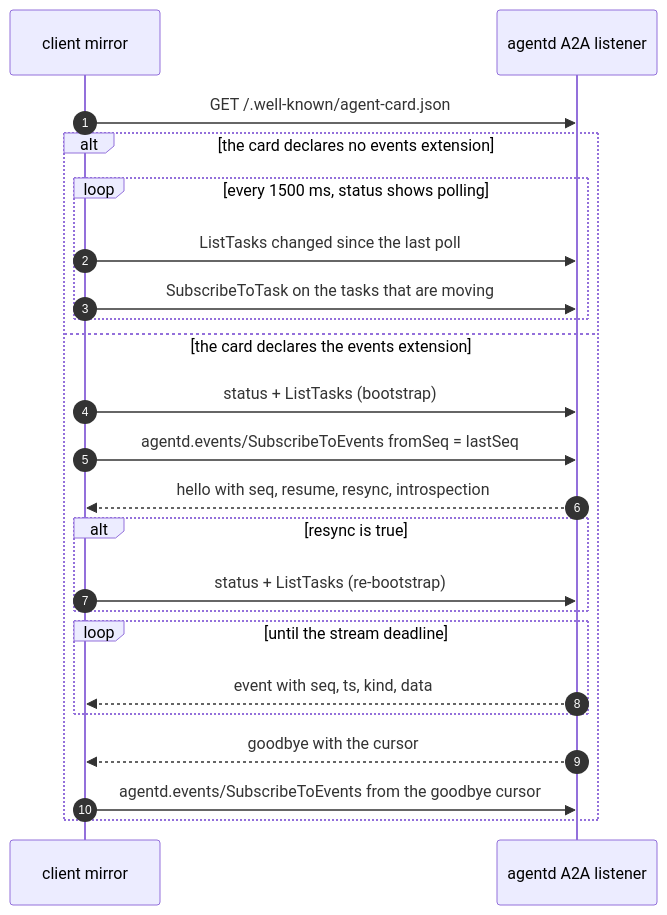
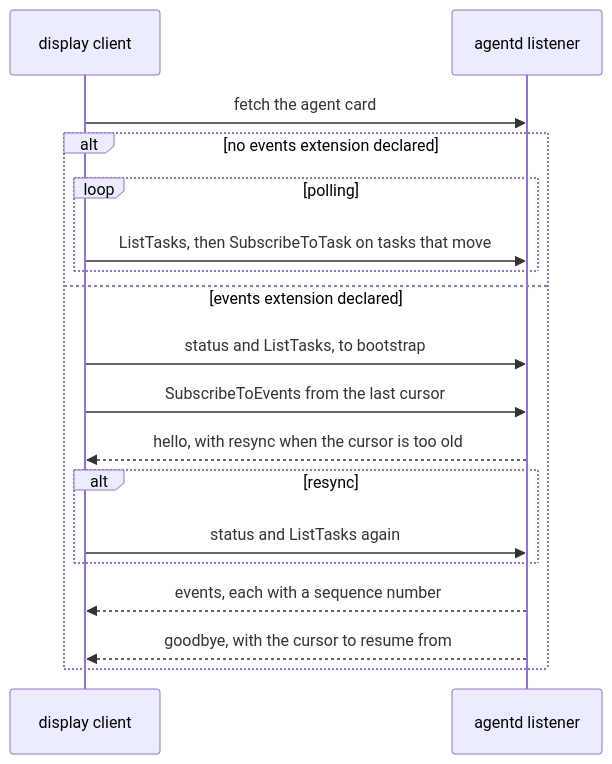
The diagram in docs/experience.md (agentd-dev/source-code), drawn with Mermaid before and after one commit. The commit also changed other lines of this file and 110 other files, not shown here.

````diff
--- a/docs/experience.md
+++ b/docs/experience.md
@@ -290,25 +173,20 @@
 ```mermaid
 sequenceDiagram
-  autonumber
-  participant C as client mirror
-  participant D as agentd A2A listener
-  C->>D: GET /.well-known/agent-card.json
-  alt the card declares no events extension
-    loop every 1500 ms, status shows polling
-      C->>D: ListTasks changed since the last poll
-      C->>D: SubscribeToTask on the tasks that are moving
+  participant C as display client
+  participant D as agentd listener
+  C->>D: fetch the agent card
+  alt no events extension declared
+    loop polling
+      C->>D: ListTasks, then SubscribeToTask on tasks that move
     end
-  else the card declares the events extension
-    C->>D: status + ListTasks (bootstrap)
-    C->>D: agentd.events/SubscribeToEvents fromSeq = lastSeq
-    D-->>C: hello with seq, resume, resync, introspection
-    alt resync is true
-      C->>D: status + ListTasks (re-bootstrap)
+  else events extension declared
+    C->>D: status and ListTasks, to bootstrap
+    C->>D: SubscribeToEvents from the last cursor
+    D-->>C: hello, with resync when the cursor is too old
+    alt resync
+      C->>D: status and ListTasks again
     end
-    loop until the stream deadline
-      D-->>C: event with seq, ts, kind, data
-    end
-    D-->>C: goodbye with the cursor
-    C->>D: agentd.events/SubscribeToEvents from the goodbye cursor
+    D-->>C: events, each with a sequence number
+    D-->>C: goodbye, with the cursor to resume from
   end
 ```
````
